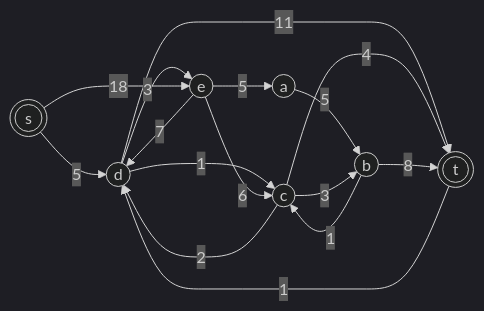
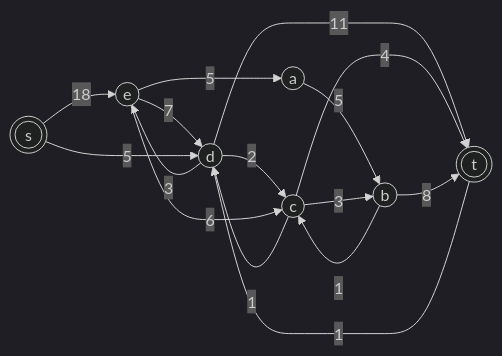
One commit to hse-algo-psapr-25/manual-tasks changed diagram 12 of 14 in Задание 17/Rehash.md. Above: the diagram before and after it, drawn with Mermaid (dark theme). The commit also changed other lines of this file, not shown here.

````diff
--- a/Задание 17/Rehash.md
+++ b/Задание 17/Rehash.md
@@ -212,26 +350,27 @@
 ```mermaid
 graph LR
     s(((s)))
     a((a))
     b((b))
     c((c))
     d((d))
     e((e))
     t(((t)))
 
+    d -->|11| t
     t -->|1| d
+    c -->|4| t
+    c -->|1| d
+    d -->|2| c
+
+    e -->|7| d
+    d -->|3| e
+    s -->|18| e
     s -->|5| d
-    d -->|11| t
-    d -->|3| e
-    c -->|2| d
-    d -->|1| c
-    e -->|7| d
+    e -->|5| a
     e -->|6| c
-    c -->|4| t
-    s -->|18| e
-    e -->|5| a
     a -->|5| b
+    c -->|3| b
     b -->|1| c
-    c -->|3| b
     b -->|8| t
 ```
````
